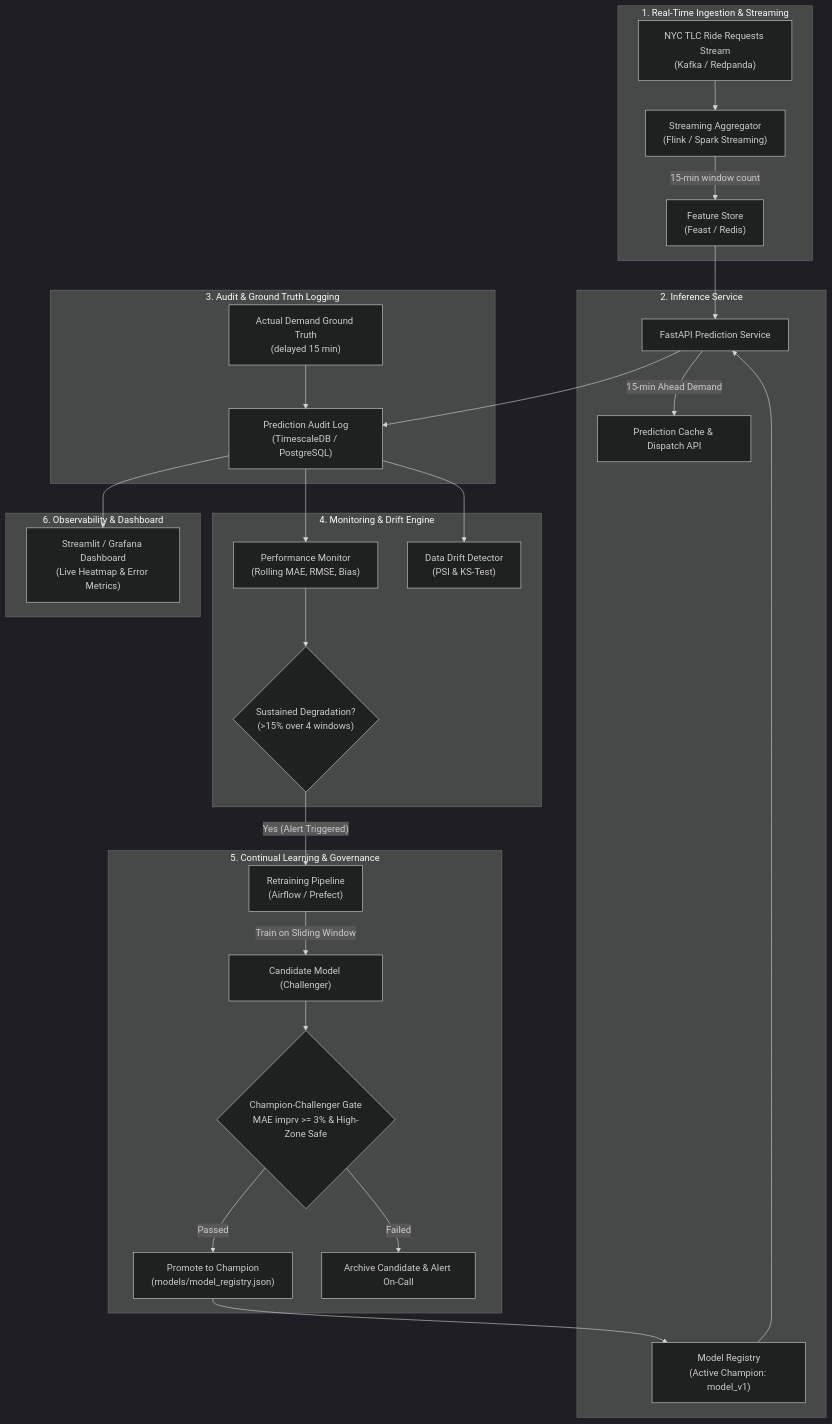
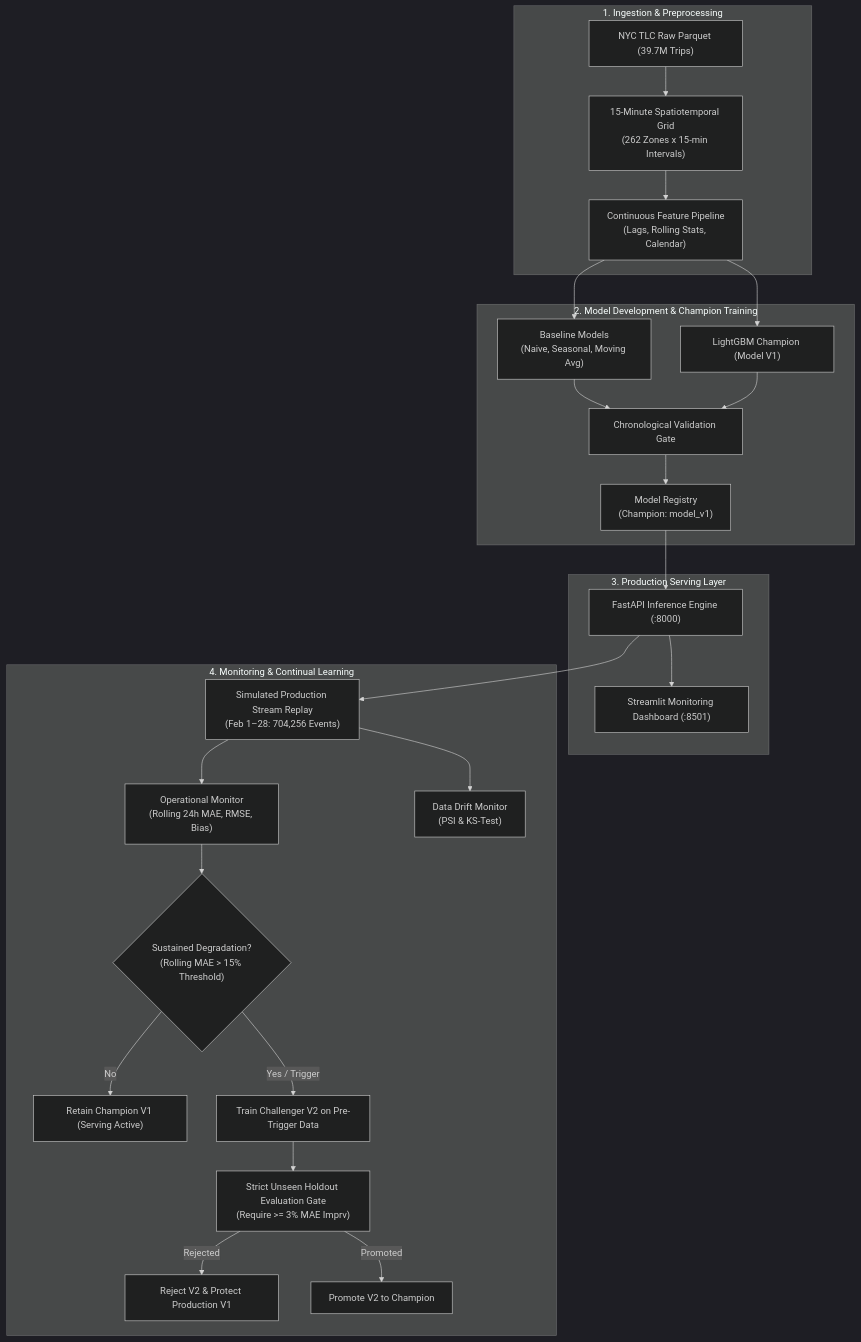
The diagram in README.md (bhav-vaidya-23/nyc-ride-demand-continual-learning), drawn with Mermaid (dark theme) before and after one commit. The commit also changed other lines of this file and 17 other files, not shown here.

Commit message:
feat: complete end-to-end ML application with FastAPI backend, Streamlit dashboard, Docker setup, and continual learning governance

````diff
--- a/README.md
+++ b/README.md
@@ -125,37 +25,31 @@
 ```mermaid
 flowchart TD
-    subgraph Ingestion["1. Real-Time Ingestion & Streaming"]
-        A["NYC TLC Ride Requests Stream<br/>(Kafka / Redpanda)"] --> B["Streaming Aggregator<br/>(Flink / Spark Streaming)"]
-        B -->|"15-min window count"| C["Feature Store<br/>(Feast / Redis)"]
+    subgraph DataPipeline["1. Ingestion & Preprocessing"]
+        A["NYC TLC Raw Parquet (39.7M Trips)"] --> B["15-Minute Spatiotemporal Grid<br/>(262 Zones x 15-min Intervals)"]
+        B --> C["Continuous Feature Pipeline<br/>(Lags, Rolling Stats, Calendar)"]
     end
 
-    subgraph Serving["2. Inference Service"]
-        C --> D["FastAPI Prediction Service"]
-        M1["Model Registry<br/>(Active Champion: model_v1)"] --> D
-        D -->|"15-min Ahead Demand"| P["Prediction Cache & Dispatch API"]
+    subgraph Modeling["2. Model Development & Champion Training"]
+        C --> D["Baseline Models<br/>(Naive, Seasonal, Moving Avg)"]
+        C --> E["LightGBM Champion (Model V1)"]
+        D & E --> F["Chronological Validation Gate"]
+        F --> G["Model Registry<br/>(Champion: model_v1)"]
     end
 
-    subgraph Storage["3. Audit & Ground Truth Logging"]
-        D --> E["Prediction Audit Log<br/>(TimescaleDB / PostgreSQL)"]
-        G["Actual Demand Ground Truth<br/>(delayed 15 min)"] --> E
+    subgraph Serving["3. Production Serving Layer"]
+        G --> H["FastAPI Inference Engine (:8000)"]
+        H --> I["Streamlit Monitoring Dashboard (:8501)"]
     end
 
-    subgraph Monitoring["4. Monitoring & Drift Engine"]
-        E --> F["Performance Monitor<br/>(Rolling MAE, RMSE, Bias)"]
-        E --> H["Data Drift Detector<br/>(PSI & KS-Test)"]
-        F --> I{"Sustained Degradation?<br/>(>15% over 4 windows)"}
-    end
-
-    subgraph ContinualLearning["5. Continual Learning & Governance"]
-        I -->|"Yes (Alert Triggered)"| J["Retraining Pipeline<br/>(Airflow / Prefect)"]
-        J -->|"Train on Sliding Window"| K["Candidate Model (Challenger)"]
-        K --> L{"Champion-Challenger Gate<br/>MAE imprv >= 3% & High-Zone Safe"}
-        L -->|"Passed"| M["Promote to Champion<br/>(models/model_registry.json)"]
-        L -->|"Failed"| N["Archive Candidate & Alert On-Call"]
-        M --> M1
-    end
-
-    subgraph Presentation["6. Observability & Dashboard"]
-        E --> O["Streamlit / Grafana Dashboard<br/>(Live Heatmap & Error Metrics)"]
+    subgraph Operations["4. Monitoring & Continual Learning"]
+        H --> J["Simulated Production Stream Replay<br/>(Feb 1–28: 704,256 Events)"]
+        J --> K["Operational Monitor<br/>(Rolling 24h MAE, RMSE, Bias)"]
+        J --> L["Data Drift Monitor<br/>(PSI & KS-Test)"]
+        K --> M{"Sustained Degradation?<br/>(Rolling MAE > 15% Threshold)"}
+        M -->|"No"| N["Retain Champion V1 (Serving Active)"]
+        M -->|"Yes / Trigger"| O["Train Challenger V2 on Pre-Trigger Data"]
+        O --> P["Strict Unseen Holdout Evaluation Gate<br/>(Require >= 3% MAE Imprv)"]
+        P -->|"Rejected"| Q["Reject V2 & Protect Production V1"]
+        P -->|"Promoted"| R["Promote V2 to Champion"]
     end
 ```
````
